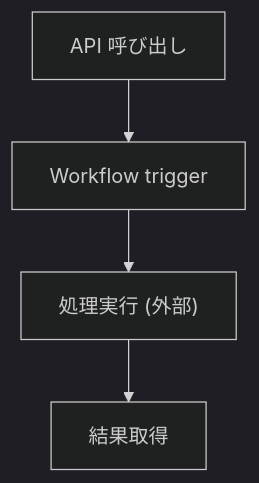
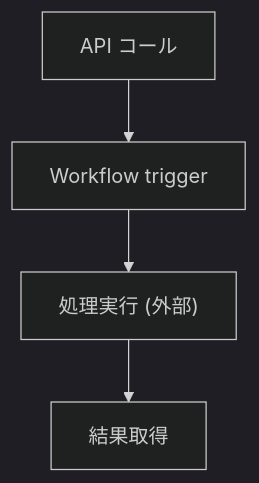
The seventh of 7 diagrams in docs/interfaces/usage_spec.md (stein2nd/s2j-similarity-service), drawn with Mermaid (dark theme) before and after one commit.

````diff
--- a/docs/interfaces/usage_spec.md
+++ b/docs/interfaces/usage_spec.md
@@ -613,6 +613,6 @@
 ```mermaid id="workflow_flow"
 flowchart TD
-  A["API 呼び出し"] --> B["Workflow trigger"]
+  A["API コール"] --> B["Workflow trigger"]
   B --> C["処理実行 (外部)"]
   C --> D["結果取得"]
 ```
````
